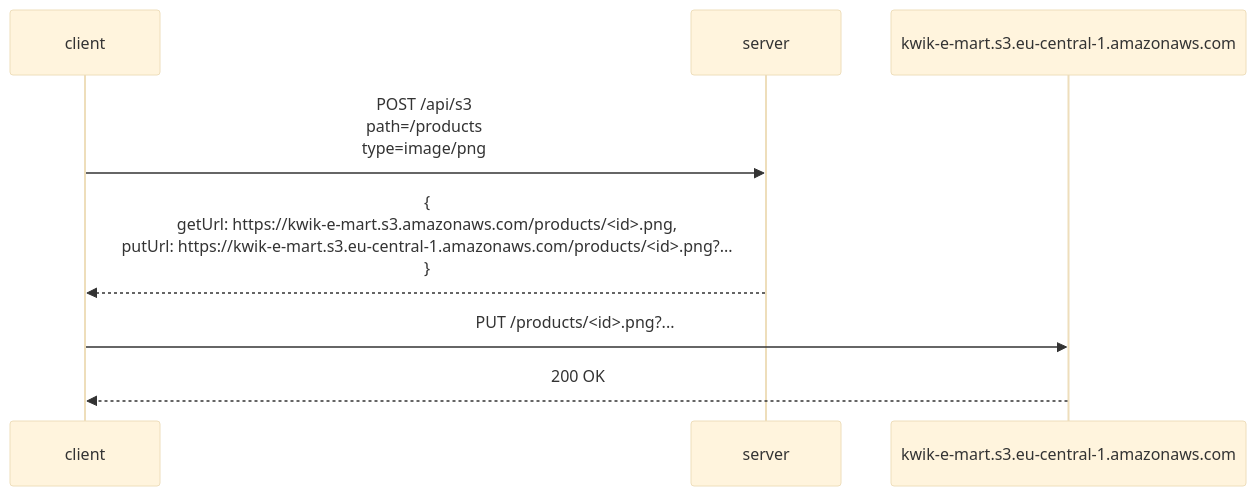
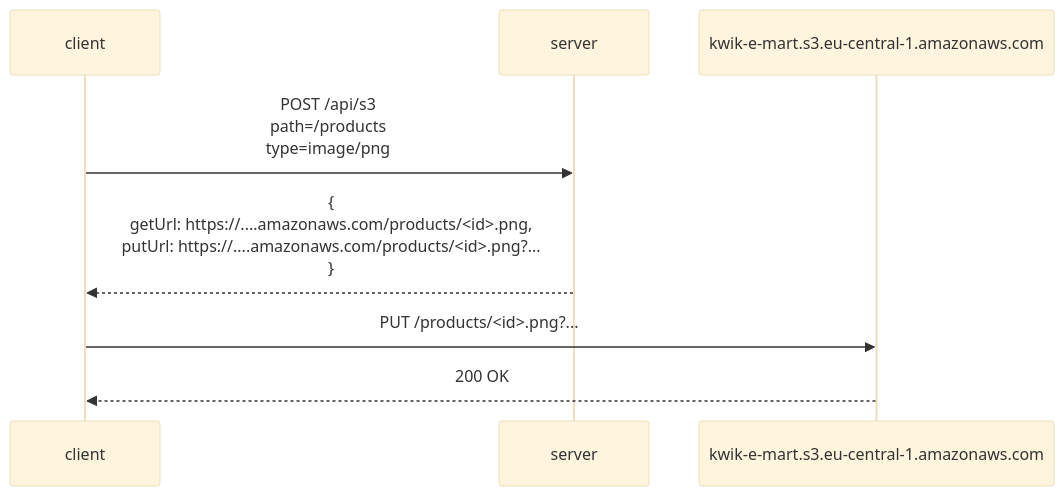
The first of 2 diagrams in README.md (roninbar/kwik-e-mart), drawn with Mermaid (base theme) before and after one commit. The commit also changed other lines of this file, not shown here.

````diff
--- a/README.md
+++ b/README.md
@@ -60,10 +62,10 @@
 ```mermaid
 sequenceDiagram
 participant client
 participant server
 participant amazon as kwik-e-mart.s3.eu-central-1.amazonaws.com
 client->>server: POST /api/s3 <br/> path=/products <br/> type=image/png
-server-->>client: { <br/> getUrl: https://kwik-e-mart.s3.amazonaws.com/products/<id>.png, <br/> putUrl: https://kwik-e-mart.s3.eu-central-1.amazonaws.com/products/<id>.png?... <br/> }
+server-->>client: { <br/> getUrl: https://....amazonaws.com/products/<id>.png, <br/> putUrl: https://....amazonaws.com/products/<id>.png?... <br/> }
 client->>amazon: PUT /products/<id>.png?...
 amazon-->>client: 200 OK
 ```
````
